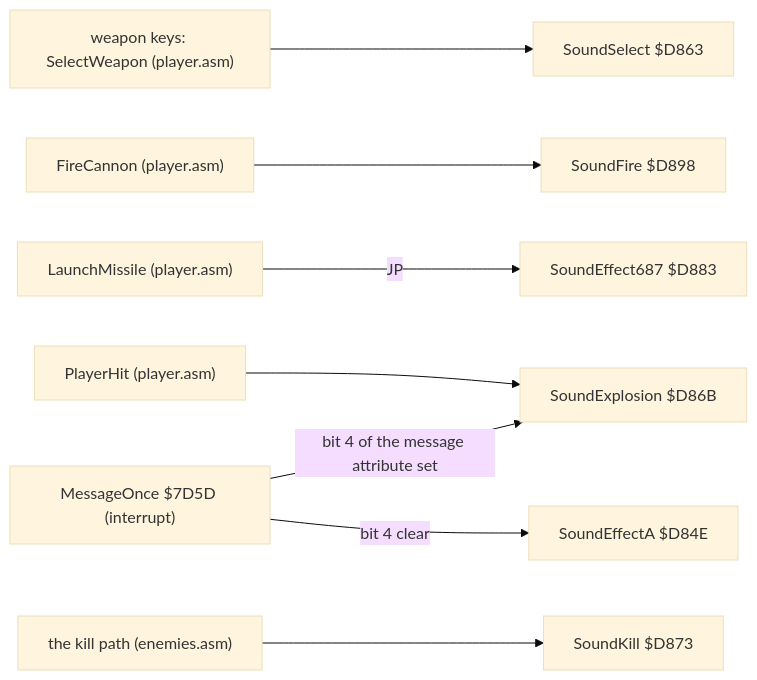
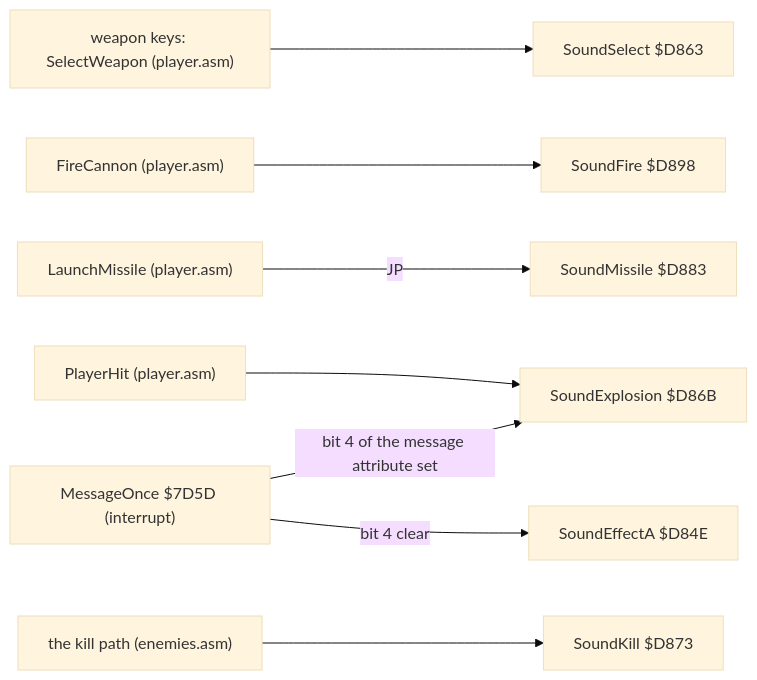
One commit to alfishe/unrealng-reverse-cases changed the third of 5 diagrams in games/battle-command/docs/09-sound.md. Above: the diagram before and after it, drawn with Mermaid (base theme). The commit also changed other lines of this file and 75 other files, not shown here.

````diff
--- a/games/battle-command/docs/09-sound.md
+++ b/games/battle-command/docs/09-sound.md
@@ -449,10 +458,10 @@
 ```mermaid
 flowchart LR
     K["weapon keys: SelectWeapon (player.asm)"] --> SEL["SoundSelect $D863"]
     F["FireCannon (player.asm)"] --> FIRE["SoundFire $D898"]
-    M["LaunchMissile (player.asm)"] -- "JP" --> MIS["SoundEffect687 $D883"]
+    M["LaunchMissile (player.asm)"] -- "JP" --> MIS["SoundMissile $D883"]
     H["PlayerHit (player.asm)"] --> EXP["SoundExplosion $D86B"]
     MO["MessageOnce $7D5D (interrupt)"] -- "bit 4 of the message attribute set" --> EXP
     MO -- "bit 4 clear" --> MSG["SoundEffectA $D84E"]
     E["the kill path (enemies.asm)"] --> KILL["SoundKill $D873"]
 ```
````
